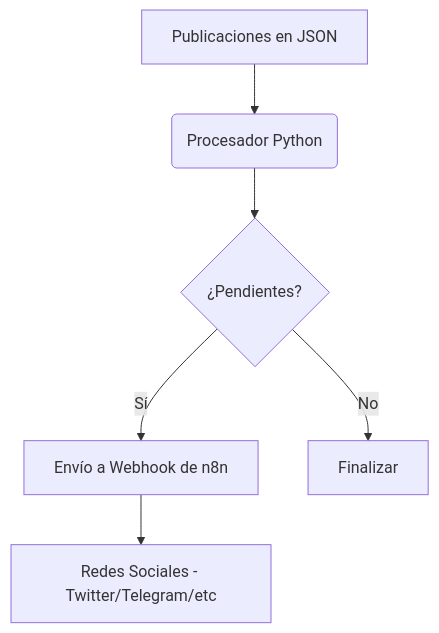
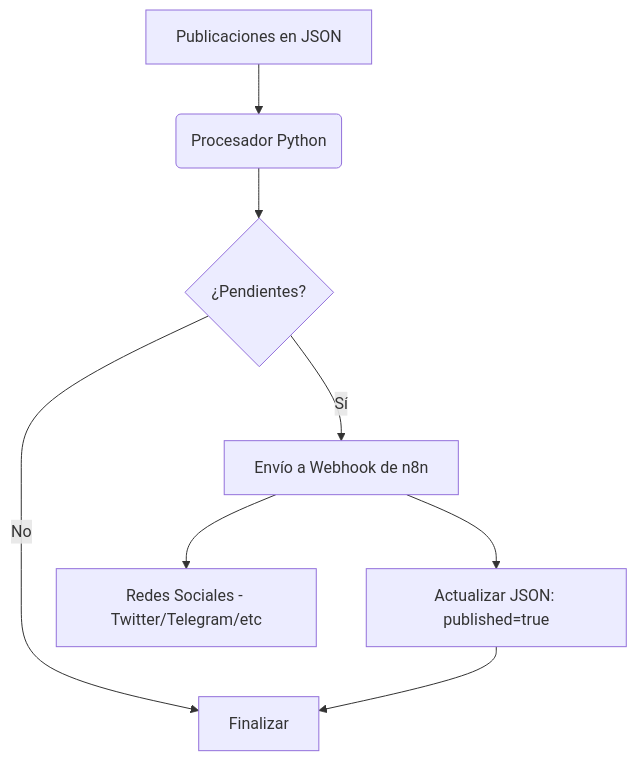
Before and after one commit to vladimiracunadev-create/social-bot-scheduler: the diagram in docs/ARCHITECTURE.md, drawn with Mermaid. The commit also changed 8 other files, not shown here.

````diff
--- a/docs/ARCHITECTURE.md
+++ b/docs/ARCHITECTURE.md
@@ -7,8 +7,10 @@
 ```mermaid
 graph TD
     A[Publicaciones en JSON] --> B(Procesador Python)
     B --> C{¿Pendientes?}
     C -- Sí --> D[Envío a Webhook de n8n]
+    D --> G[Actualizar JSON: published=true]
     C -- No --> E[Finalizar]
+    G --> E
     D --> F[Redes Sociales - Twitter/Telegram/etc]
 ```
````
